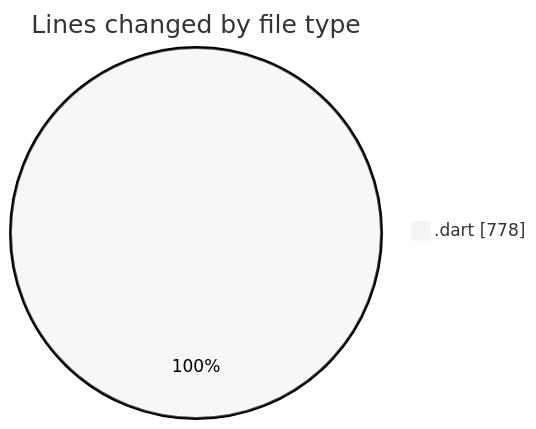
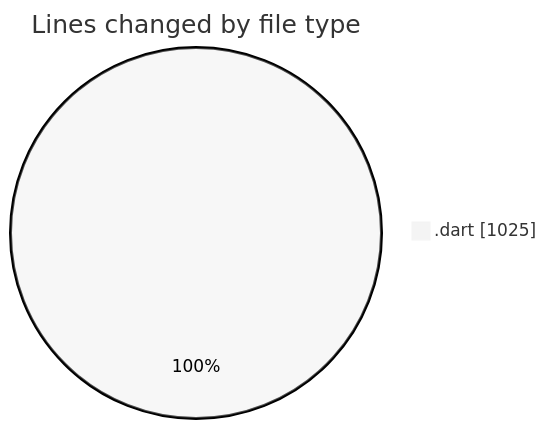
The first of 2 diagrams in 2025-04-10/trackers_app/README.md (donsfak/code-tracking), drawn with Mermaid (neutral theme) before and after one commit. The commit also changed other lines of this file and 1 other file, not shown here.

````diff
--- a/2025-04-10/trackers_app/README.md
+++ b/2025-04-10/trackers_app/README.md
@@ -32,5 +34,5 @@
 ```mermaid
 pie showData
 title Lines changed by file type
-".dart" : 778
+".dart" : 1025
 ```
````
